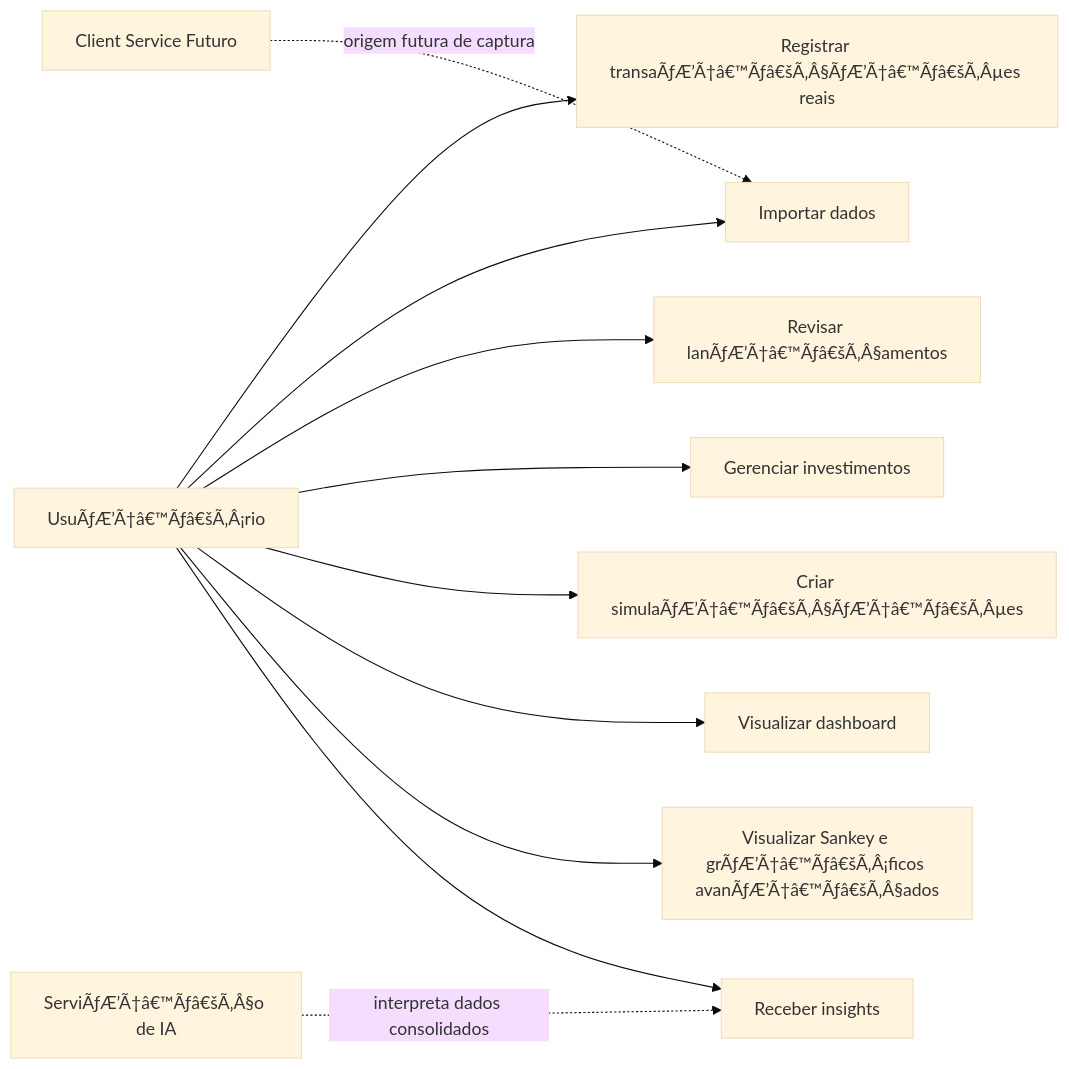
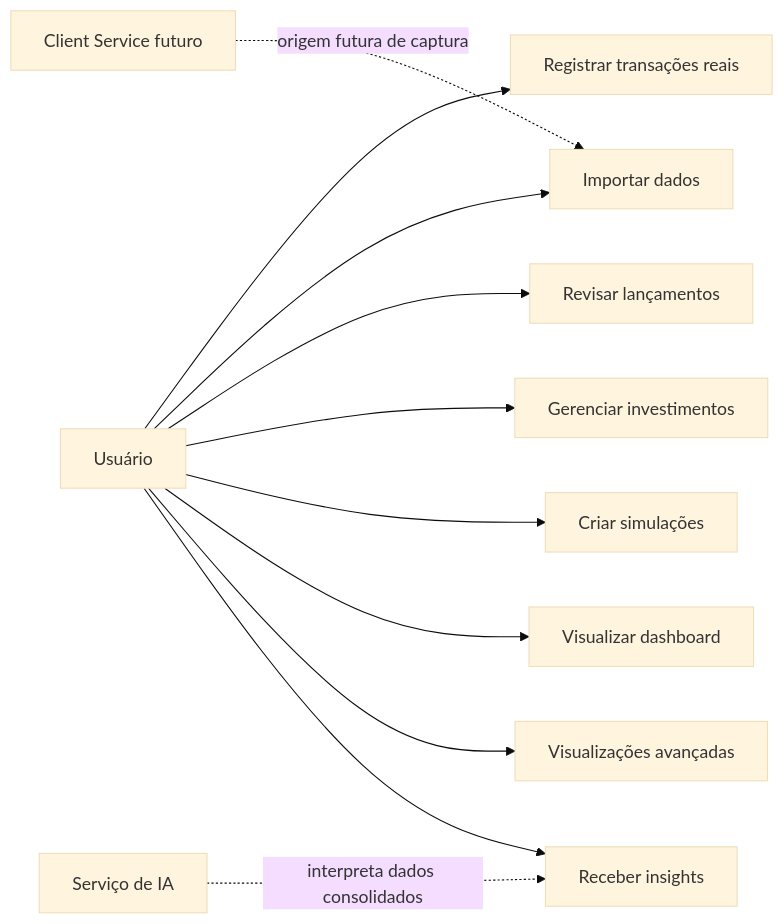
Before and after one commit to Ary-Pedro/meuDinheiroNaMao: the first of 4 diagrams in README.md, drawn with Mermaid (base theme). The commit also changed other lines of this file and 16 other files, not shown here.

````diff
--- a/README.md
+++ b/README.md
@@ -302,27 +210,27 @@
 ```mermaid
 flowchart LR
-    U[UsuÃƒÆ’Ã†â€™Ãƒâ€šÃ‚Â¡rio]
-    IA[ServiÃƒÆ’Ã†â€™Ãƒâ€šÃ‚Â§o de IA]
-    CS[Client Service Futuro]
+    U[Usuário]
+    IA[Serviço de IA]
+    CS[Client Service futuro]
 
-    UC1[Registrar transaÃƒÆ’Ã†â€™Ãƒâ€šÃ‚Â§ÃƒÆ’Ã†â€™Ãƒâ€šÃ‚Âµes reais]
+    UC1[Registrar transações reais]
     UC2[Importar dados]
-    UC3[Revisar lanÃƒÆ’Ã†â€™Ãƒâ€šÃ‚Â§amentos]
+    UC3[Revisar lançamentos]
     UC4[Gerenciar investimentos]
-    UC5[Criar simulaÃƒÆ’Ã†â€™Ãƒâ€šÃ‚Â§ÃƒÆ’Ã†â€™Ãƒâ€šÃ‚Âµes]
+    UC5[Criar simulações]
     UC6[Visualizar dashboard]
-    UC7[Visualizar Sankey e grÃƒÆ’Ã†â€™Ãƒâ€šÃ‚Â¡ficos avanÃƒÆ’Ã†â€™Ãƒâ€šÃ‚Â§ados]
+    UC7[Visualizações avançadas]
     UC8[Receber insights]
 
     U --> UC1
     U --> UC2
     U --> UC3
     U --> UC4
     U --> UC5
     U --> UC6
     U --> UC7
     U --> UC8
 
     IA -. interpreta dados consolidados .-> UC8
     CS -. origem futura de captura .-> UC2
 ```
````
